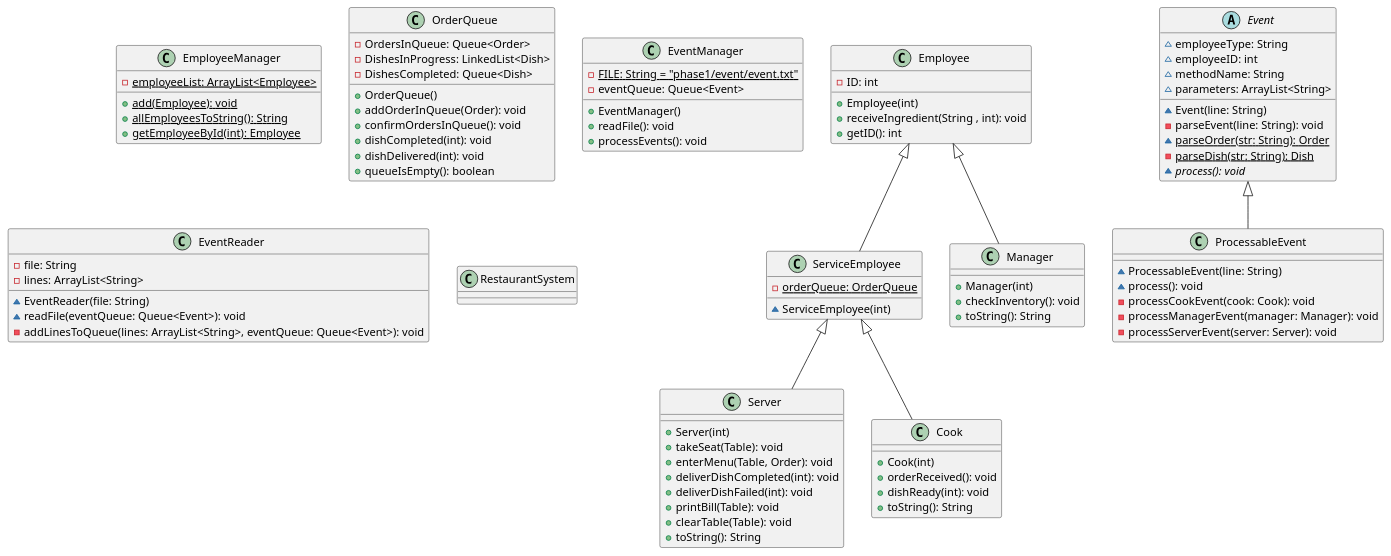
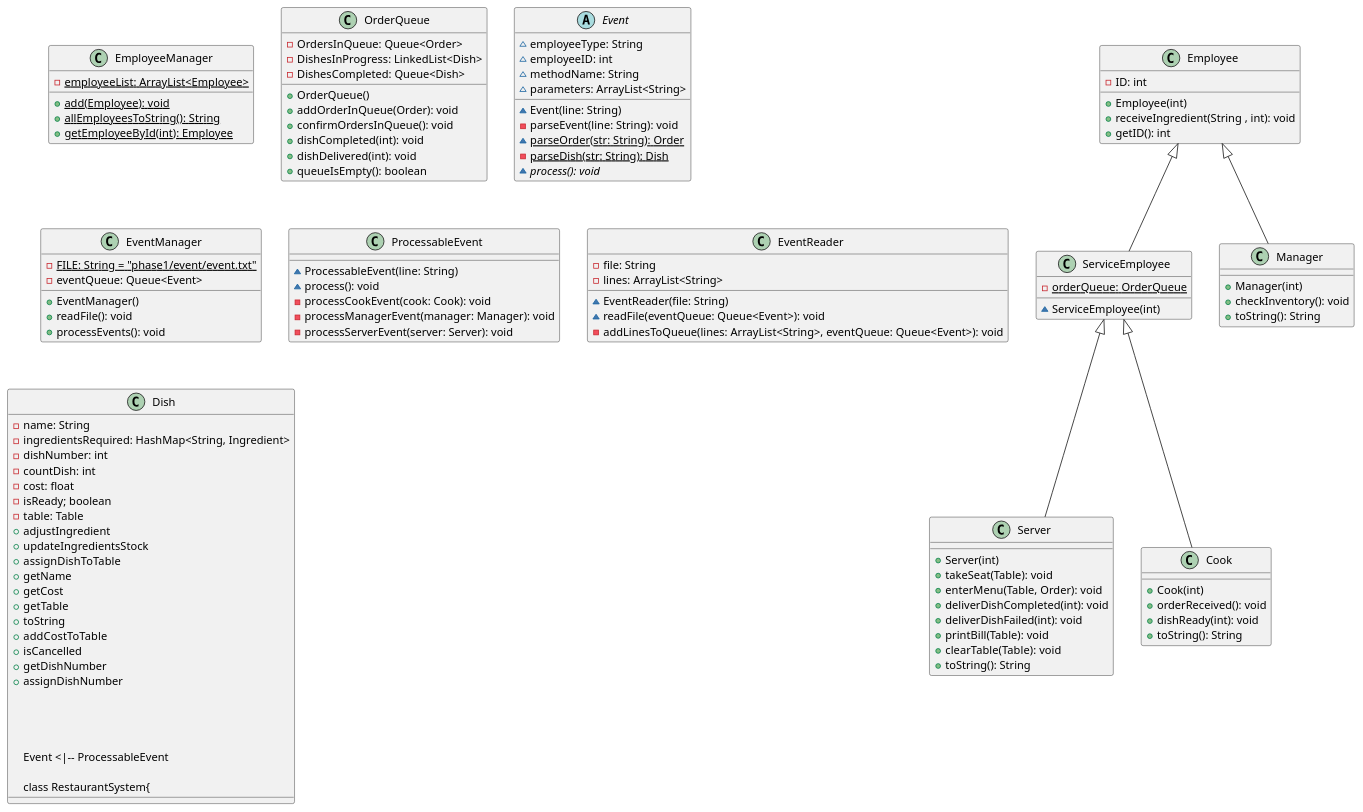
The diagram in phase1/phase1uml.puml (billangli/RestaurantSystem), drawn with PlantUML before and after one commit.

Commit message:
uml update on the dish class

```diff
--- a/phase1/phase1uml.puml
+++ b/phase1/phase1uml.puml
@@ -1,98 +1,122 @@
 @startuml
 class EmployeeManager{
 - {static} employeeList: ArrayList<Employee>
 + {static} add(Employee): void
 + {static} allEmployeesToString(): String
 + {static} getEmployeeById(int): Employee
 }
 class OrderQueue{
 - OrdersInQueue: Queue<Order>
 - DishesInProgress: LinkedList<Dish>
 - DishesCompleted: Queue<Dish>
 + OrderQueue()
 + addOrderInQueue(Order): void
 + confirmOrdersInQueue(): void
 + dishCompleted(int): void
 + dishDelivered(int): void
 + queueIsEmpty(): boolean
 }
 
 class Employee{
 - ID: int
 + Employee(int)
 + receiveIngredient(String , int): void
 + getID(): int
 }
 class ServiceEmployee {
 - {static} orderQueue: OrderQueue
 ~ ServiceEmployee(int)
 }
 class Server{
 + Server(int)
 + takeSeat(Table): void
 + enterMenu(Table, Order): void
 + deliverDishCompleted(int): void
 + deliverDishFailed(int): void
 + printBill(Table): void
 + clearTable(Table): void
 + toString(): String
 }
 class Cook{
 + Cook(int)
 + orderReceived(): void
 + dishReady(int): void
 + toString(): String
 }
 class Manager{
 + Manager(int)
 + checkInventory(): void
 + toString(): String
 }
 
 Employee <|-- ServiceEmployee
 ServiceEmployee <|-- Cook
 ServiceEmployee <|-- Server
 Employee <|-- Manager
 
 
 abstract class Event{
 ~ employeeType: String
 ~ employeeID: int
 ~ methodName: String
 ~ parameters: ArrayList<String>
 ~ Event(line: String)
 - parseEvent(line: String): void
 ~ {static} parseOrder(str: String): Order
 - {static} parseDish(str: String): Dish
 ~ {abstract} process(): void
 }
 
 class EventManager{
 - {static} FILE: String = "phase1/event/event.txt"
 - eventQueue: Queue<Event>
 + EventManager()
 + readFile(): void
 + processEvents(): void
 }
 
 class ProcessableEvent{
 ~ ProcessableEvent(line: String)
 ~ process(): void
 - processCookEvent(cook: Cook): void
 - processManagerEvent(manager: Manager): void
 - processServerEvent(server: Server): void
 }
 
 class EventReader{
 - file: String
 - lines: ArrayList<String>
 ~ EventReader(file: String)
 ~ readFile(eventQueue: Queue<Event>): void
 - addLinesToQueue(lines: ArrayList<String>, eventQueue: Queue<Event>): void
 }
 
+
+class Dish{
+- name: String
+- ingredientsRequired: HashMap<String, Ingredient>
+- dishNumber: int
+- countDish: int
+- cost: float
+- isReady; boolean
+- table: Table
++ adjustIngredient
++ updateIngredientsStock
++ assignDishToTable
++ getName
++ getCost
++ getTable
++ toString
++ addCostToTable
++ isCancelled
++ getDishNumber
++ assignDishNumber
+
+
+
+
 Event <|-- ProcessableEvent
 
 class RestaurantSystem{
 }
 @enduml
```
